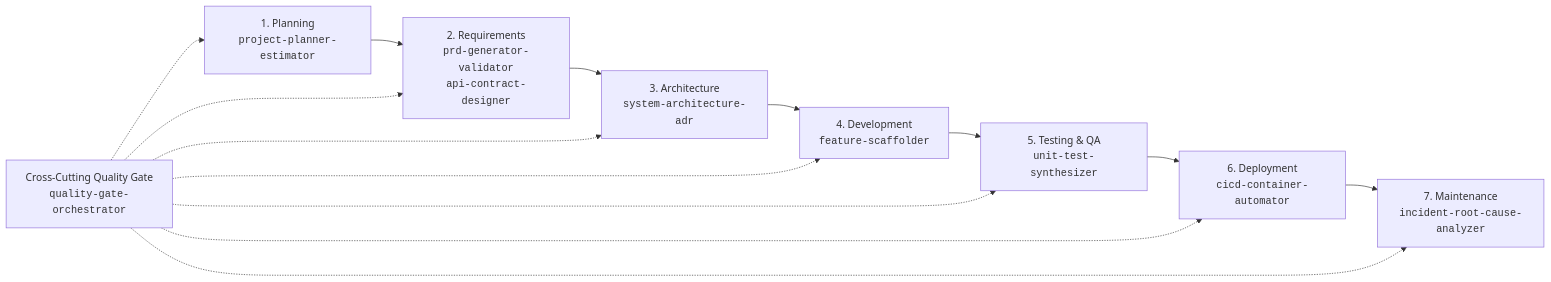
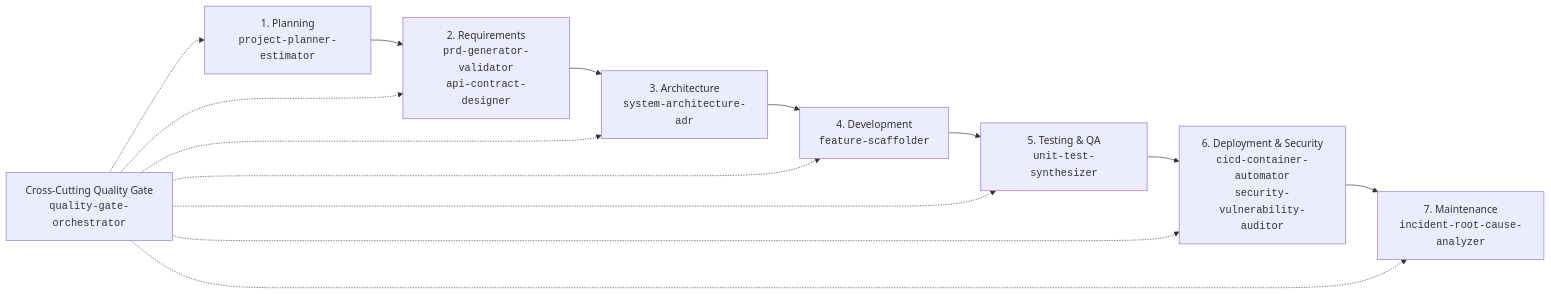
The diagram in README.md (OpenYantra/SkillForgeAI), drawn with Mermaid before and after one commit. The commit also changed other lines of this file and 24 other files, not shown here.

First line of the commit message:
Merge pull request #1 from rishikesh-net/feature-security-vulnerability-auditor

````diff
--- a/README.md
+++ b/README.md
@@ -9,13 +9,13 @@
 ```mermaid
 flowchart LR
     P1["1. Planning<br/><code>project-planner-estimator</code>"]
     --> P2["2. Requirements<br/><code>prd-generator-validator</code><br/><code>api-contract-designer</code>"]
     --> P3["3. Architecture<br/><code>system-architecture-adr</code>"]
     --> P4["4. Development<br/><code>feature-scaffolder</code>"]
     --> P5["5. Testing & QA<br/><code>unit-test-synthesizer</code>"]
-    --> P6["6. Deployment<br/><code>cicd-container-automator</code>"]
+    --> P6["6. Deployment & Security<br/><code>cicd-container-automator</code><br/><code>security-vulnerability-auditor</code>"]
     --> P7["7. Maintenance<br/><code>incident-root-cause-analyzer</code>"]
 
     QG["Cross-Cutting Quality Gate<br/><code>quality-gate-orchestrator</code>"]
     QG -.-> P1 & P2 & P3 & P4 & P5 & P6 & P7
 ```
````
